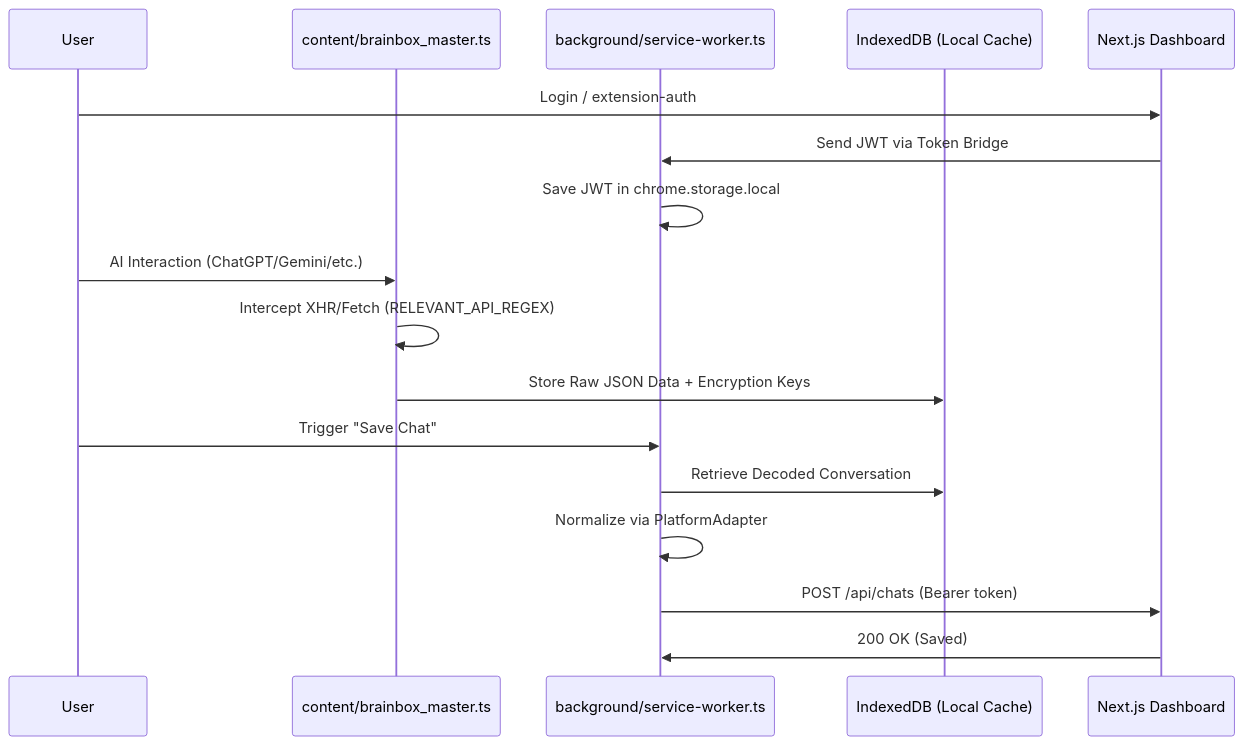
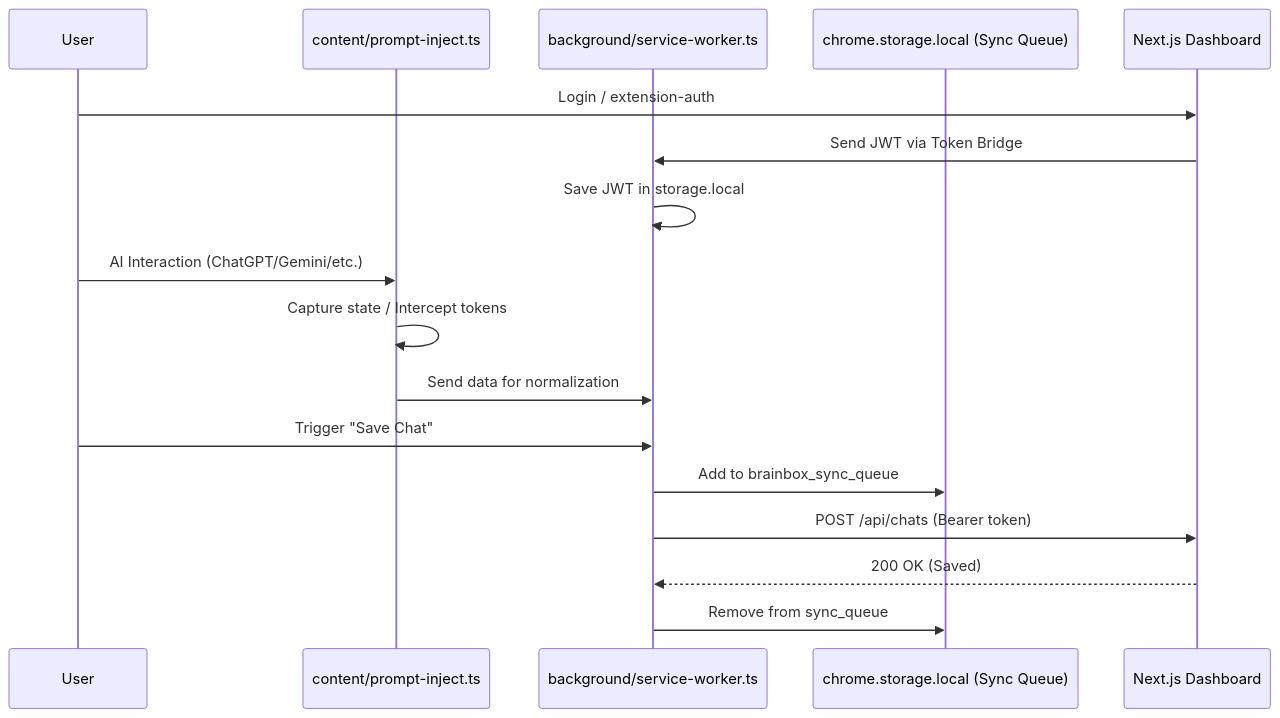
The diagram in docs/technical/SYNC_PROTOCOL.md (HackamViGo/Chat-Organizer), drawn with Mermaid before and after one commit. The commit also changed other lines of this file and 53 other files, not shown here.

````diff
--- a/docs/technical/SYNC_PROTOCOL.md
+++ b/docs/technical/SYNC_PROTOCOL.md
@@ -14,22 +14,22 @@
 ```mermaid
 sequenceDiagram
     participant User
-    participant Ext_Master as content/brainbox_master.ts
+    participant Ext_CS as content/prompt-inject.ts
     participant Ext_SW as background/service-worker.ts
-    participant IDB as IndexedDB (Local Cache)
+    participant Storage as chrome.storage.local (Sync Queue)
     participant Dashboard as Next.js Dashboard
     
     User->>Dashboard: Login / extension-auth
     Dashboard->>Ext_SW: Send JWT via Token Bridge
-    Ext_SW->>Ext_SW: Save JWT in chrome.storage.local
+    Ext_SW->>Ext_SW: Save JWT in storage.local
     
-    User->>Ext_Master: AI Interaction (ChatGPT/Gemini/etc.)
-    Ext_Master->>Ext_Master: Intercept XHR/Fetch (RELEVANT_API_REGEX)
-    Ext_Master->>IDB: Store Raw JSON Data + Encryption Keys
+    User->>Ext_CS: AI Interaction (ChatGPT/Gemini/etc.)
+    Ext_CS->>Ext_CS: Capture state / Intercept tokens
+    Ext_CS->>Ext_SW: Send data for normalization
     
     User->>Ext_SW: Trigger "Save Chat"
-    Ext_SW->>IDB: Retrieve Decoded Conversation
-    Ext_SW->>Ext_SW: Normalize via PlatformAdapter
+    Ext_SW->>Storage: Add to brainbox_sync_queue
     Ext_SW->>Dashboard: POST /api/chats (Bearer token)
-    Dashboard->>Ext_SW: 200 OK (Saved)
+    Dashboard-->>Ext_SW: 200 OK (Saved)
+    Ext_SW->>Storage: Remove from sync_queue
 ```
````
